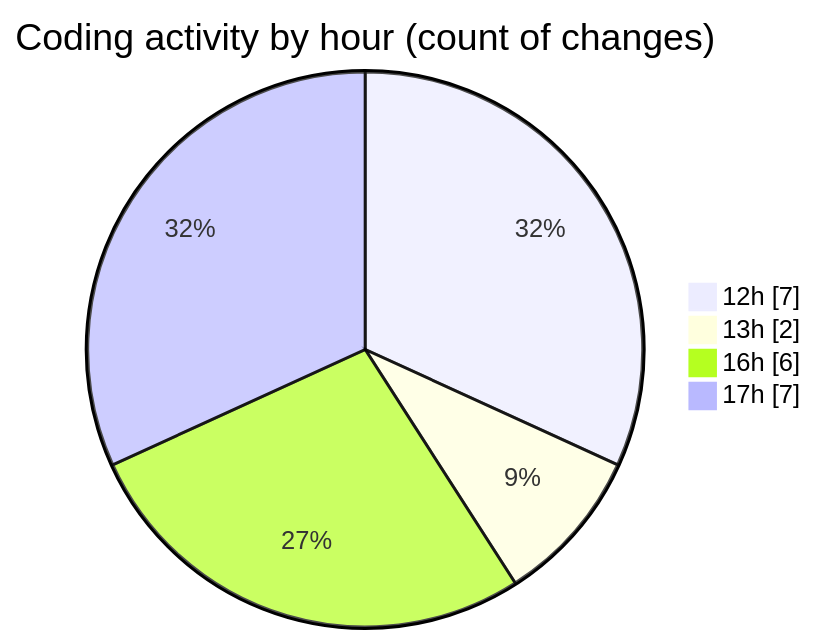
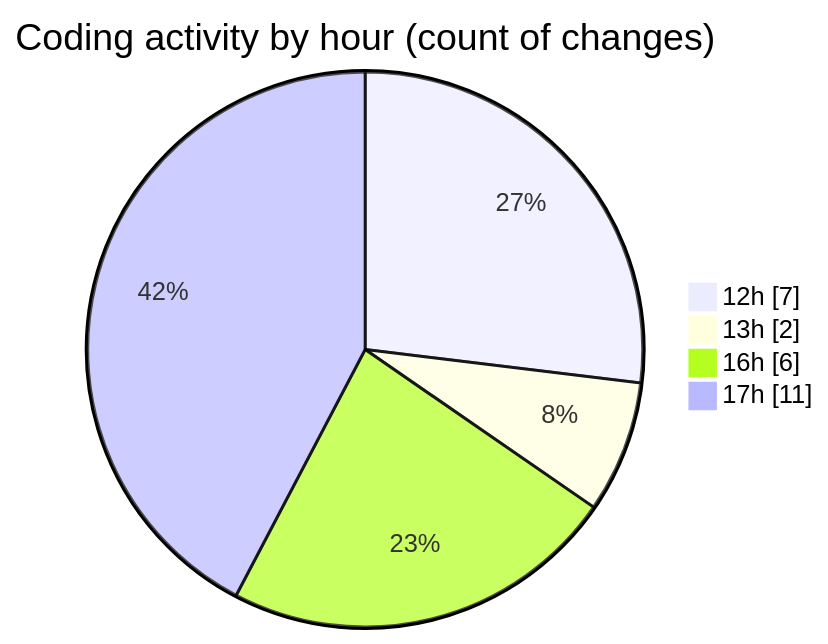
Before and after one commit to nxtqubesakshisongat/code-tracking: the second of 2 diagrams in 2026-01-09/nxtqube_webapp/README.md, drawn with Mermaid. The commit also changed other lines of this file and 1 other file, not shown here.

````diff
--- a/2026-01-09/nxtqube_webapp/README.md
+++ b/2026-01-09/nxtqube_webapp/README.md
@@ -34,8 +34,8 @@
 ```mermaid
 pie showData
 title Coding activity by hour (count of changes)
 "12h" : 7
 "13h" : 2
 "16h" : 6
-"17h" : 7
+"17h" : 11
 ```
````
